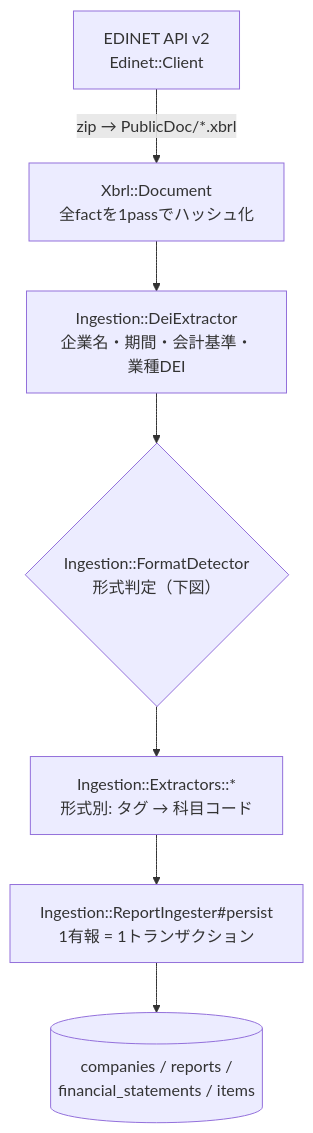
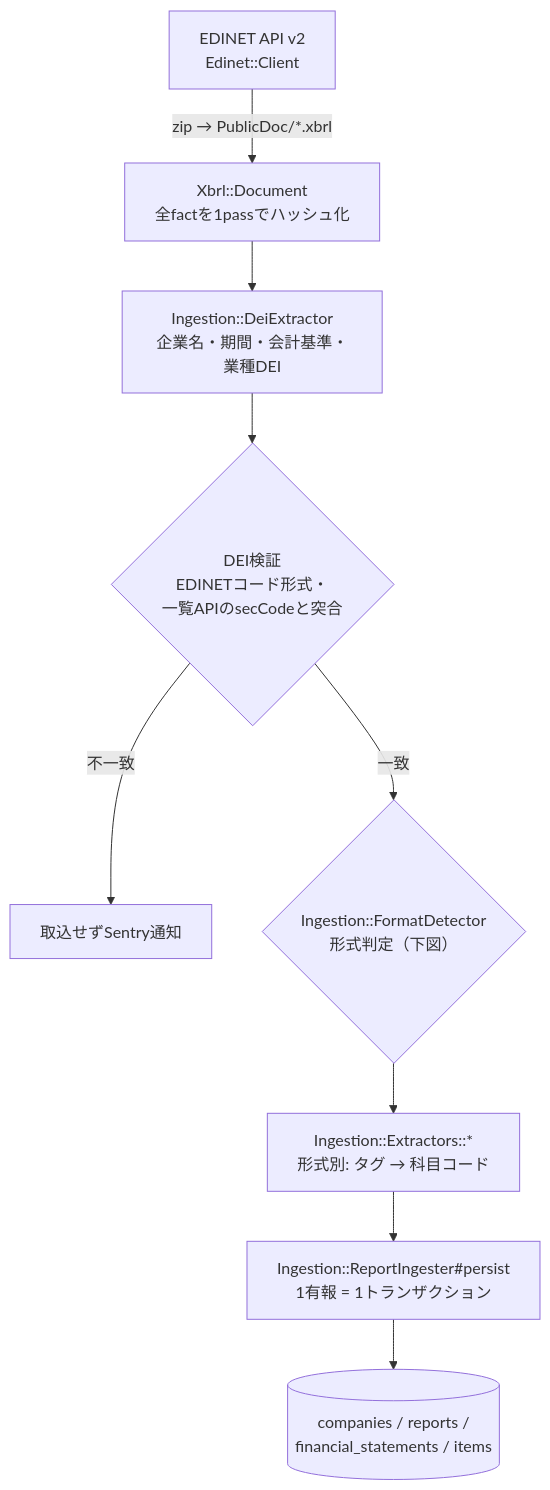
The first of 2 diagrams in docs/architecture/02_ingestion.md (shin4488/financial-statement), drawn with Mermaid before and after one commit. The commit also changed other lines of this file and 1 other file, not shown here.

````diff
--- a/docs/architecture/02_ingestion.md
+++ b/docs/architecture/02_ingestion.md
@@ -5,9 +5,11 @@
 ```mermaid
 flowchart TB
     A["EDINET API v2<br>Edinet::Client"] -->|"zip → PublicDoc/*.xbrl"| B["Xbrl::Document<br>全factを1passでハッシュ化"]
     B --> C["Ingestion::DeiExtractor<br>企業名・期間・会計基準・業種DEI"]
-    C --> D{"Ingestion::FormatDetector<br>形式判定（下図）"}
+    C --> V{"DEI検証<br>EDINETコード形式・<br>一覧APIのsecCodeと突合"}
+    V -->|不一致| X["取込せずSentry通知"]
+    V -->|一致| D{"Ingestion::FormatDetector<br>形式判定（下図）"}
     D --> E["Ingestion::Extractors::*<br>形式別: タグ → 科目コード"]
     E --> F["Ingestion::ReportIngester#persist<br>1有報 = 1トランザクション"]
     F --> G[("companies / reports /<br>financial_statements / items")]
 ```
````
